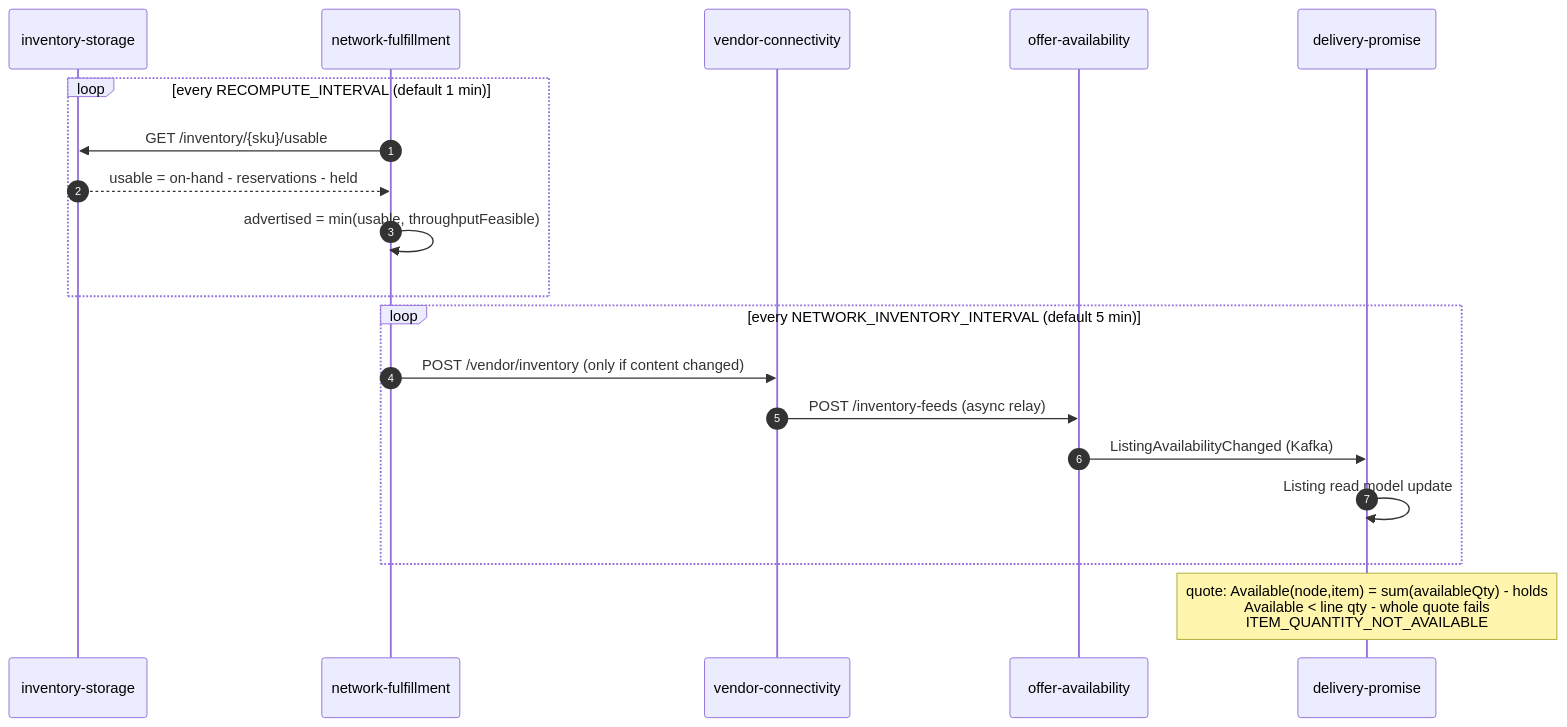
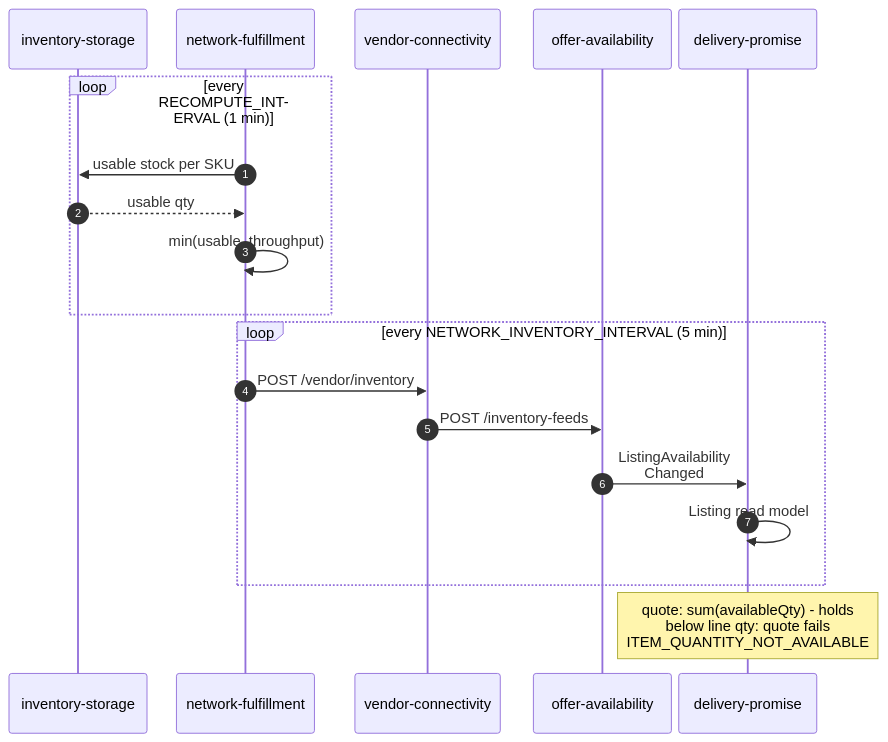
Before and after one commit to IQVO/warehouse-docs: the first of 7 diagrams in network/docs/integration/stock-to-promise.md, drawn with Mermaid. The commit also changed other lines of this file, not shown here.

Commit message:
docs(network): fit all mermaid diagrams in the ~1020px frame (split ACL diagram, TB flowchart, tighter labels)

````diff
--- a/network/docs/integration/stock-to-promise.md
+++ b/network/docs/integration/stock-to-promise.md
@@ -22,22 +22,23 @@
 ```mermaid
+%%{init: {"sequence": {"actorMargin": 8, "boxMargin": 8, "messageMargin": 24}}}%%
 sequenceDiagram
     autonumber
     participant IS as inventory-storage
     participant NF as network-fulfillment
     participant VC as vendor-connectivity
     participant OA as offer-availability
     participant DP as delivery-promise
 
-    loop every RECOMPUTE_INTERVAL (default 1 min)
-        NF->>IS: GET /inventory/{sku}/usable
-        IS-->>NF: usable = on-hand - reservations - held
-        NF->>NF: advertised = min(usable, throughputFeasible)
+    loop every RECOMPUTE_INTERVAL (1 min)
+        NF->>IS: usable stock per SKU
+        IS-->>NF: usable qty
+        NF->>NF: min(usable, throughput)
     end
-    loop every NETWORK_INVENTORY_INTERVAL (default 5 min)
-        NF->>VC: POST /vendor/inventory (only if content changed)
-        VC->>OA: POST /inventory-feeds (async relay)
-        OA->>DP: ListingAvailabilityChanged (Kafka)
-        DP->>DP: Listing read model update
+    loop every NETWORK_INVENTORY_INTERVAL (5 min)
+        NF->>VC: POST /vendor/inventory
+        VC->>OA: POST /inventory-feeds
+        OA->>DP: ListingAvailability<br/>Changed
+        DP->>DP: Listing read model
     end
-    Note over DP: quote: Available(node,item) = sum(availableQty) - holds<br/>Available < line qty - whole quote fails<br/>ITEM_QUANTITY_NOT_AVAILABLE
+    Note over DP: quote: sum(availableQty) - holds<br/>below line qty: quote fails<br/>ITEM_QUANTITY_NOT_AVAILABLE
 ```
````
